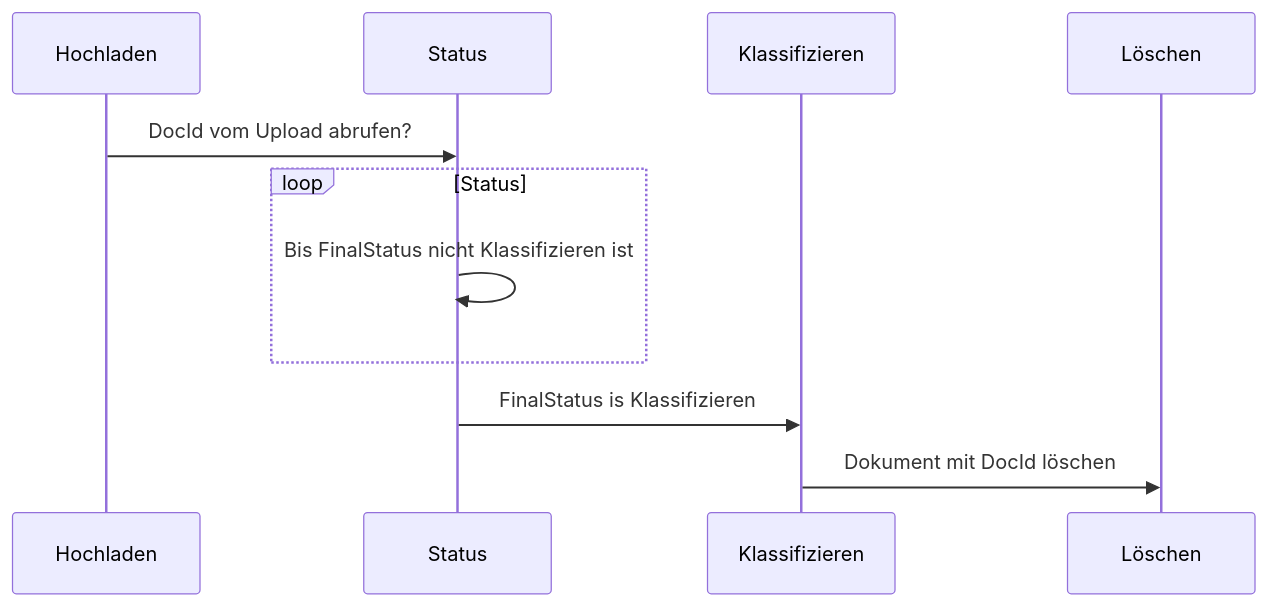
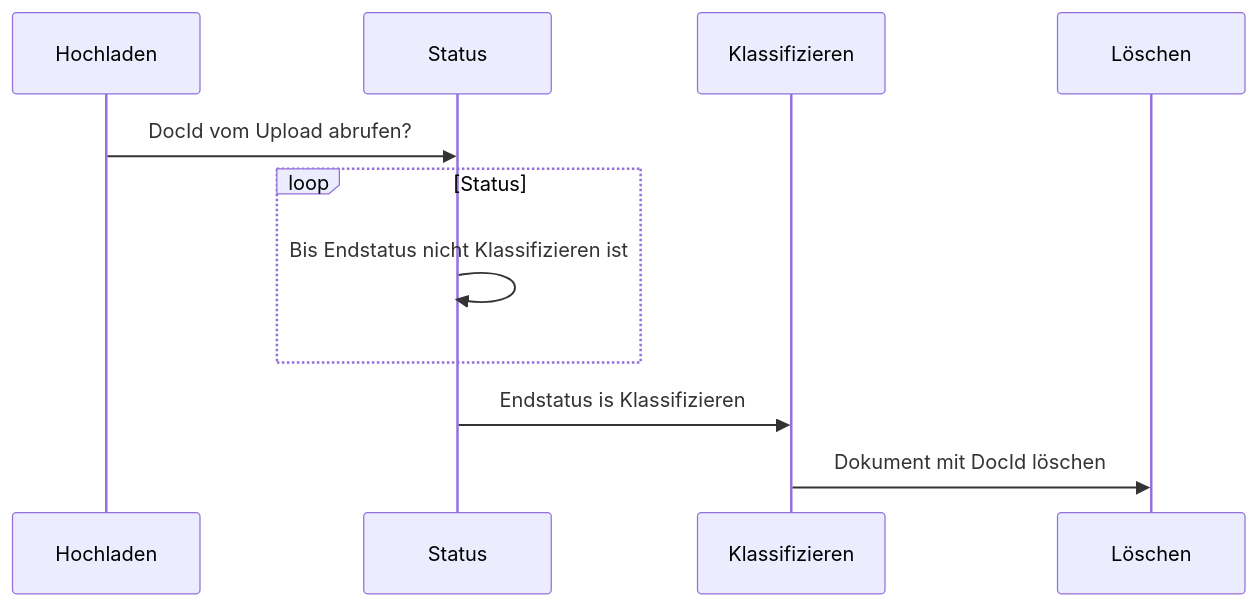
Before and after one commit to Fellow-Consulting-AG/docapp-docs: the diagram in docs/de/docbits/document_status.md, drawn with Mermaid. The commit also changed 4 other files, not shown here.

````diff
--- a/docs/de/docbits/document_status.md
+++ b/docs/de/docbits/document_status.md
@@ -33,10 +33,10 @@
 ``` mermaid
 sequenceDiagram
   Hochladen->>Status: DocId vom Upload abrufen?
   loop Status
-      Status->>Status: Bis FinalStatus nicht Klassifizieren ist
+      Status->>Status: Bis Endstatus nicht Klassifizieren ist
   end
-  Status->>Klassifizieren: FinalStatus is Klassifizieren
+  Status->>Klassifizieren: Endstatus is Klassifizieren
 	Klassifizieren->>Löschen: Dokument mit DocId löschen
 
 ```
````
